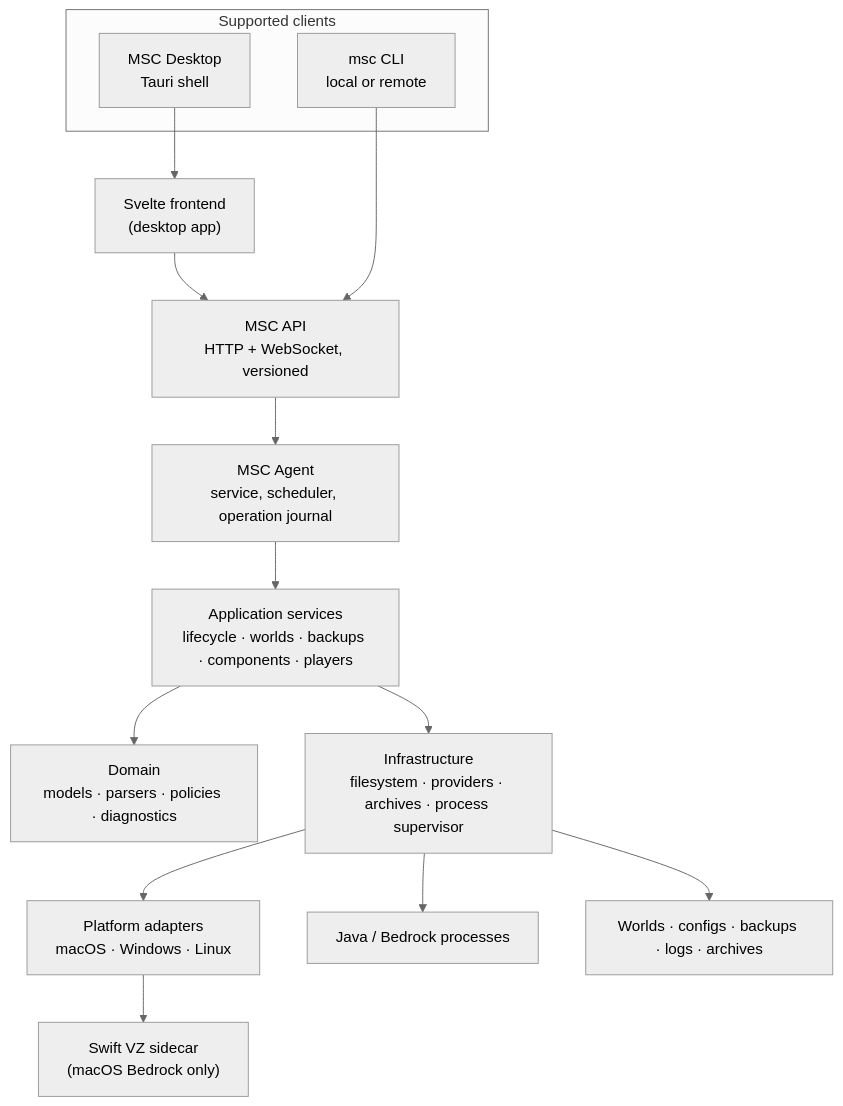
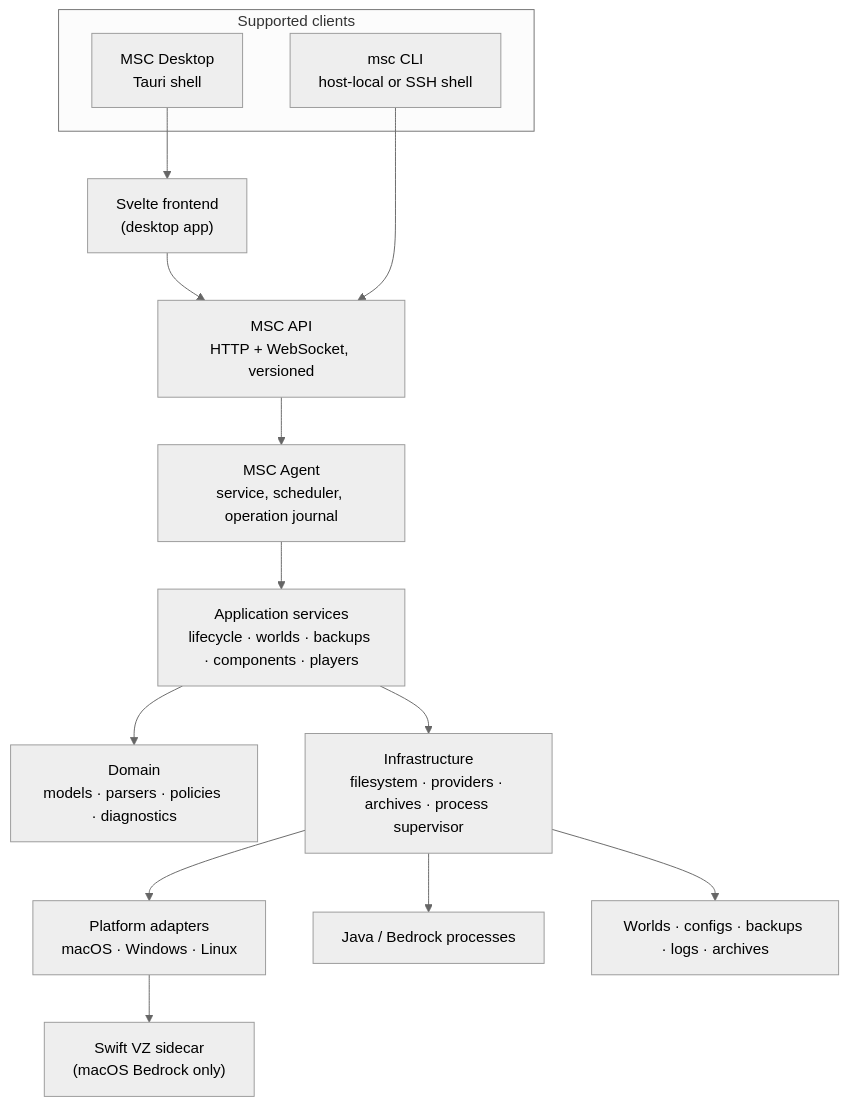
The diagram in docs/msc2/msc2-engineering.md (ctemple9/msc2), drawn with Mermaid (neutral theme) before and after one commit. The commit also changed other lines of this file and 5 other files, not shown here.

Commit message:
P17.1: record host-local cli contract and phase gate

````diff
--- a/docs/msc2/msc2-engineering.md
+++ b/docs/msc2/msc2-engineering.md
@@ -40,23 +40,23 @@
 ```mermaid
 flowchart TB
     subgraph clients["Supported clients"]
         Desktop["MSC Desktop<br/>Tauri shell"]
-        CLI["msc CLI<br/>local or remote"]
+        CLI["msc CLI<br/>host-local or SSH shell"]
     end
 
     Svelte["Svelte frontend<br/>(desktop app)"]
 
     Desktop --> Svelte
     Svelte --> API
     CLI --> API
 
     API["MSC API<br/>HTTP + WebSocket, versioned"]
     API --> Agent["MSC Agent<br/>service, scheduler, operation journal"]
     Agent --> App["Application services<br/>lifecycle · worlds · backups · components · players"]
     App --> Domain["Domain<br/>models · parsers · policies · diagnostics"]
     App --> Infra["Infrastructure<br/>filesystem · providers · archives · process supervisor"]
     Infra --> Platform["Platform adapters<br/>macOS · Windows · Linux"]
     Platform --> Sidecar["Swift VZ sidecar<br/>(macOS Bedrock only)"]
     Infra --> Procs["Java / Bedrock processes"]
     Infra --> Store["Worlds · configs · backups · logs · archives"]
 ```
````
